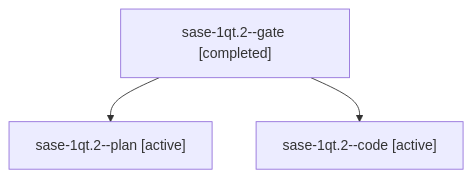
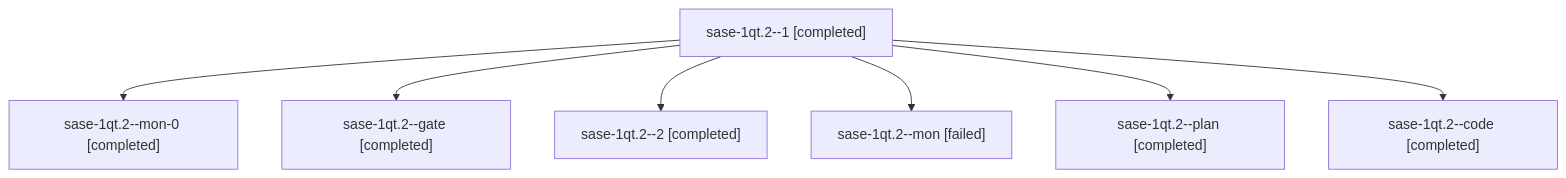
Before and after one commit to sase-org/sase--agents: the diagram in sessions/bbugyi200.athena.sase-1qt.2.md, drawn with Mermaid. The commit also changed other lines of this file and 63 other files, not shown here.

````diff
--- a/sessions/bbugyi200.athena.sase-1qt.2.md
+++ b/sessions/bbugyi200.athena.sase-1qt.2.md
@@ -9,8 +9,16 @@
 ```mermaid
 flowchart TD
-  n0["sase-1qt.2--gate [completed]"]
-  n1["sase-1qt.2--plan [active]"]
+  n0["sase-1qt.2--1 [completed]"]
+  n1["sase-1qt.2--mon-0 [completed]"]
   n0 --> n1
-  n2["sase-1qt.2--code [active]"]
+  n2["sase-1qt.2--gate [completed]"]
   n0 --> n2
+  n3["sase-1qt.2--2 [completed]"]
+  n0 --> n3
+  n4["sase-1qt.2--mon [failed]"]
+  n0 --> n4
+  n5["sase-1qt.2--plan [completed]"]
+  n0 --> n5
+  n6["sase-1qt.2--code [completed]"]
+  n0 --> n6
 ```
````
